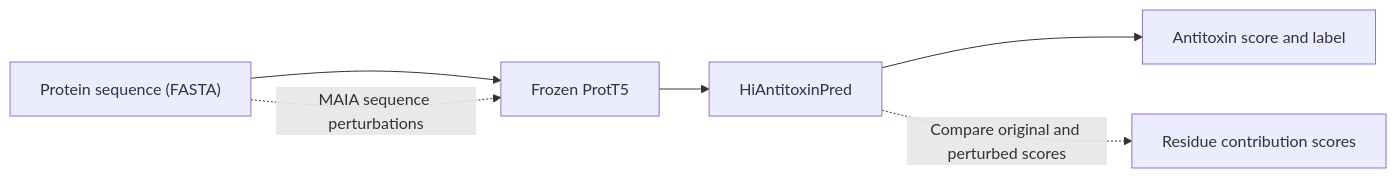
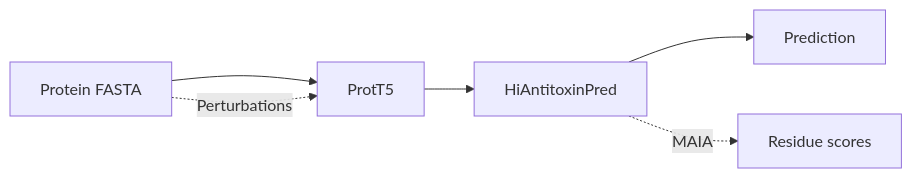
Before and after one commit to chelseawhu/HiAntitoxinPred: the diagram in README.md, drawn with Mermaid. The commit also changed other lines of this file and 2 other files, not shown here.

````diff
--- a/README.md
+++ b/README.md
@@ -7,8 +5,6 @@
 ```mermaid
 flowchart LR
-    A["Protein sequence (FASTA)"] --> B["Frozen ProtT5"]
-    B --> C["HiAntitoxinPred"]
-    C --> D["Antitoxin score and label"]
-    A -. "MAIA sequence perturbations" .-> B
-    C -. "Compare original and perturbed scores" .-> E["Residue contribution scores"]
+    A["Protein FASTA"] --> B["ProtT5"] --> C["HiAntitoxinPred"] --> D["Prediction"]
+    A -. "Perturbations" .-> B
+    C -. "MAIA" .-> E["Residue scores"]
 ```
````
